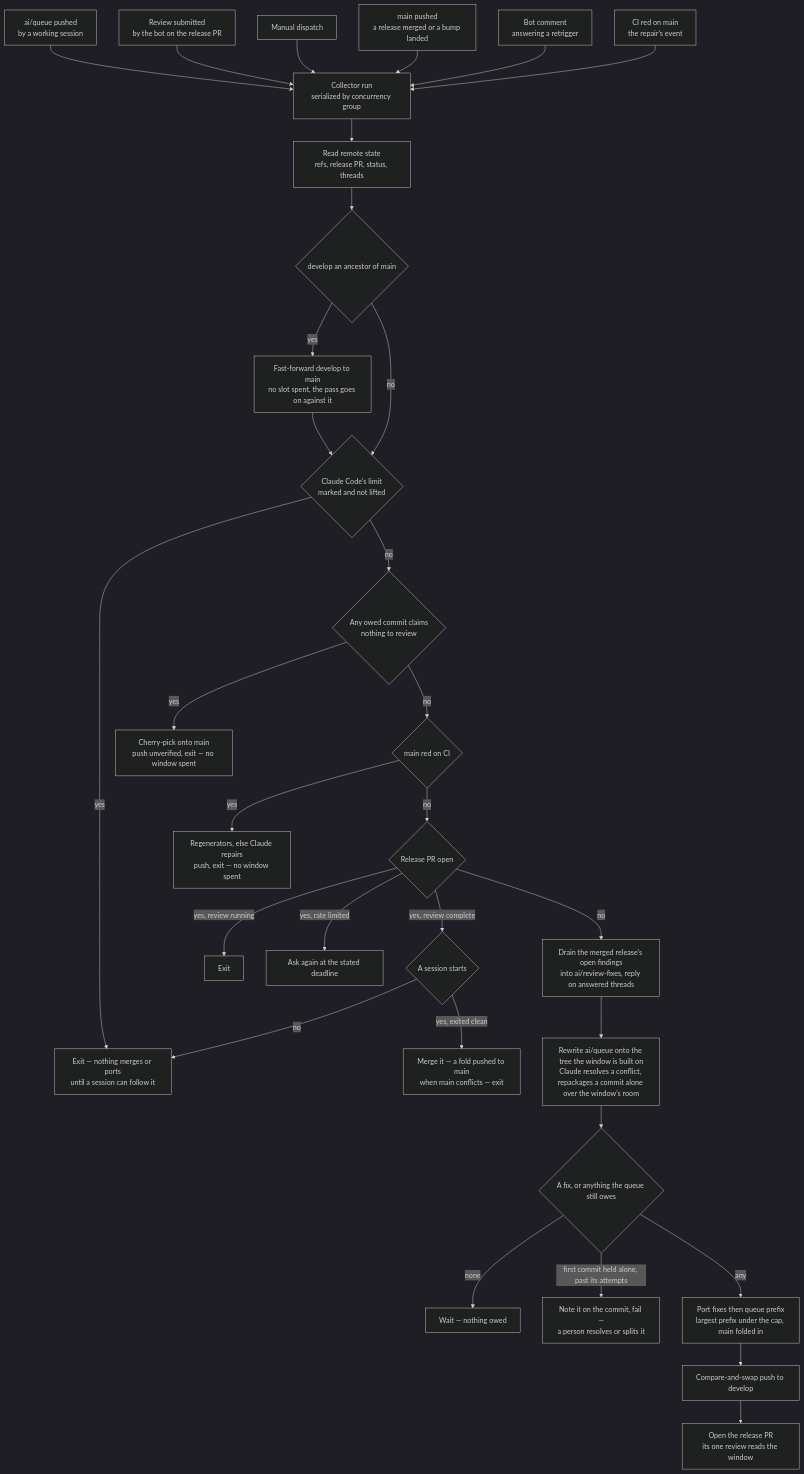
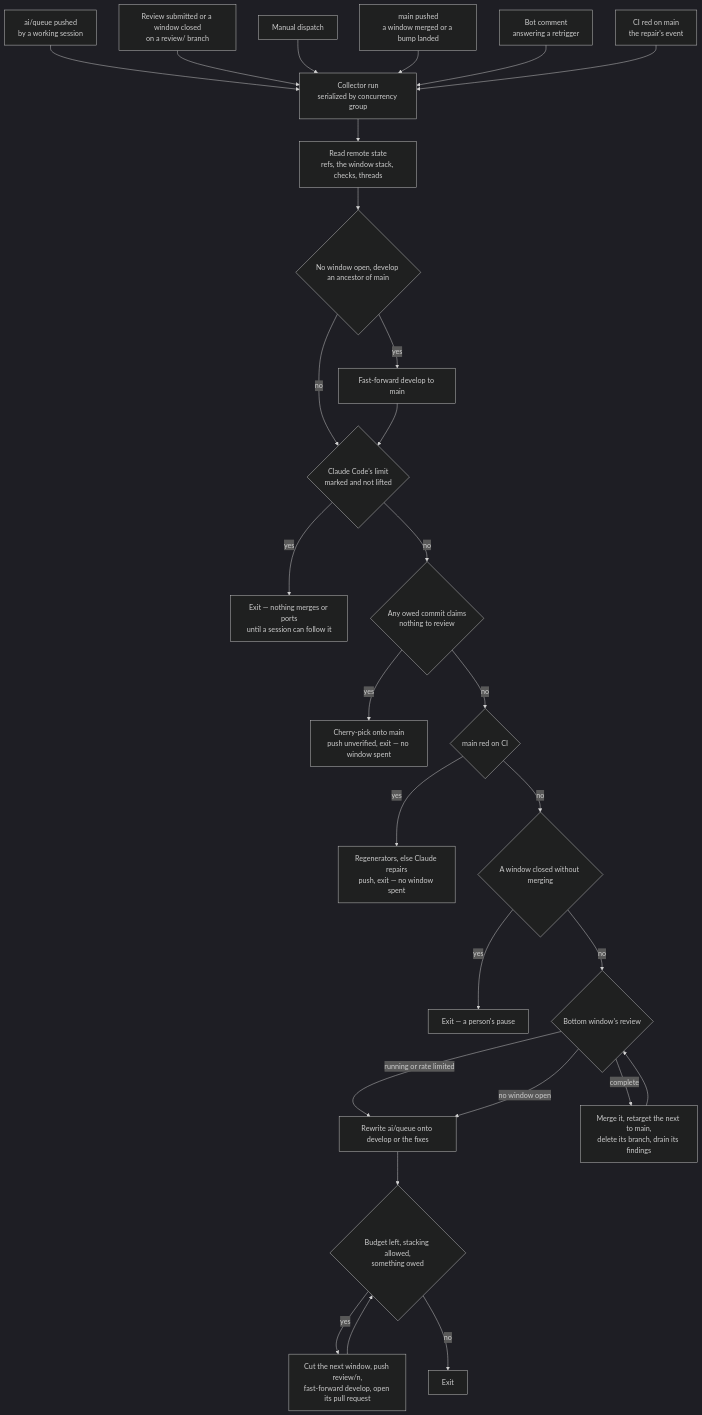
One commit to Esposter/Esposter changed the diagram in apps/web/content/docs/infra/review-collector/index.md. Above: the diagram before and after it, drawn with Mermaid (dark theme). The commit also changed other lines of this file and 10 other files, not shown here.

First line of the commit message:
docs(collector): the windows stack as review/<n> pull requests merged bottom up, with the stacking guard and the drain's foreground haiku fixers

````diff
--- a/apps/web/content/docs/infra/review-collector/index.md
+++ b/apps/web/content/docs/infra/review-collector/index.md
@@ -37,33 +37,28 @@
 ```mermaid
 flowchart TD
   A[ai/queue pushed<br/>by a working session] --> C
-  F[Review submitted<br/>by the bot on the release PR] --> C
+  F[Review submitted or a window closed<br/>on a review/ branch] --> C
   D[Manual dispatch] --> C
-  MN[main pushed<br/>a release merged or a bump landed] --> C
+  MN[main pushed<br/>a window merged or a bump landed] --> C
   CM[Bot comment<br/>answering a retrigger] --> C
   CI[CI red on main<br/>the repair's event] --> C
-  C[Collector run<br/>serialized by concurrency group] --> R[Read remote state<br/>refs, release PR, status, threads]
-  R --> RS{develop an ancestor of main}
-  RS -->|yes| FF[Fast-forward develop to main<br/>no slot spent, the pass goes on against it]
+  C[Collector run<br/>serialized by concurrency group] --> R[Read remote state<br/>refs, the window stack, checks, threads]
+  R --> RS{No window open, develop an ancestor of main}
+  RS -->|yes| FF[Fast-forward develop to main]
   RS -->|no| LM
   FF --> LM{Claude Code's limit<br/>marked and not lifted}
   LM -->|yes| LX[Exit — nothing merges or ports<br/>until a session can follow it]
   LM -->|no| E{Any owed commit claims<br/>nothing to review}
   E -->|yes| EP[Cherry-pick onto main<br/>push unverified, exit — no window spent]
   E -->|no| MR{main red on CI}
   MR -->|yes| RG[Regenerators, else Claude repairs<br/>push, exit — no window spent]
-  MR -->|no| PR{Release PR open}
-  PR -->|yes, review running| X[Exit]
-  PR -->|yes, rate limited| AK[Ask again at the stated deadline]
-  PR -->|yes, review complete| PB{A session starts}
-  PB -->|no| LX
-  PB -->|yes, exited clean| MG[Merge it — a fold pushed to main<br/>when main conflicts — exit]
-  PR -->|no| DR[Drain the merged release's open findings<br/>into ai/review-fixes, reply on answered threads]
-  DR --> SY[Rewrite ai/queue onto the tree the window is built on<br/>Claude resolves a conflict, repackages a commit alone over the window's room]
-  SY --> P{A fix, or anything the queue still owes}
-  P -->|none| PK[Wait — nothing owed]
-  P -->|first commit held alone, past its attempts| FL[Note it on the commit, fail —<br/>a person resolves or splits it]
-  P -->|any| W[Port fixes then queue prefix<br/>largest prefix under the cap, main folded in]
-  W --> PU[Compare-and-swap push to develop]
-  PU --> OP[Open the release PR<br/>its one review reads the window]
+  MR -->|no| CL{A window closed without merging}
+  CL -->|yes| PZ[Exit — a person's pause]
+  CL -->|no| BW{Bottom window's review}
+  BW -->|running or rate limited| SY
+  BW -->|complete| MG[Merge it, retarget the next to main,<br/>delete its branch, drain its findings] --> BW
+  BW -->|no window open| SY
+  SY[Rewrite ai/queue onto develop or the fixes] --> OB{Budget left, stacking allowed,<br/>something owed}
+  OB -->|yes| W[Cut the next window, push review/n,<br/>fast-forward develop, open its pull request] --> OB
+  OB -->|no| X[Exit]
 ```
````
